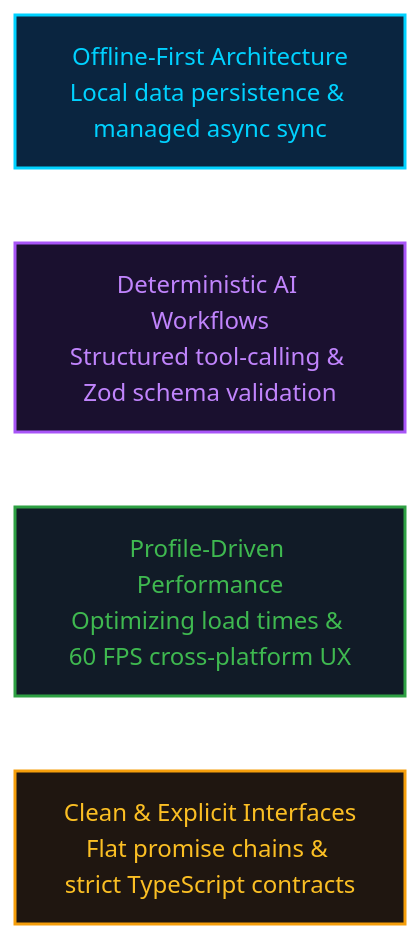
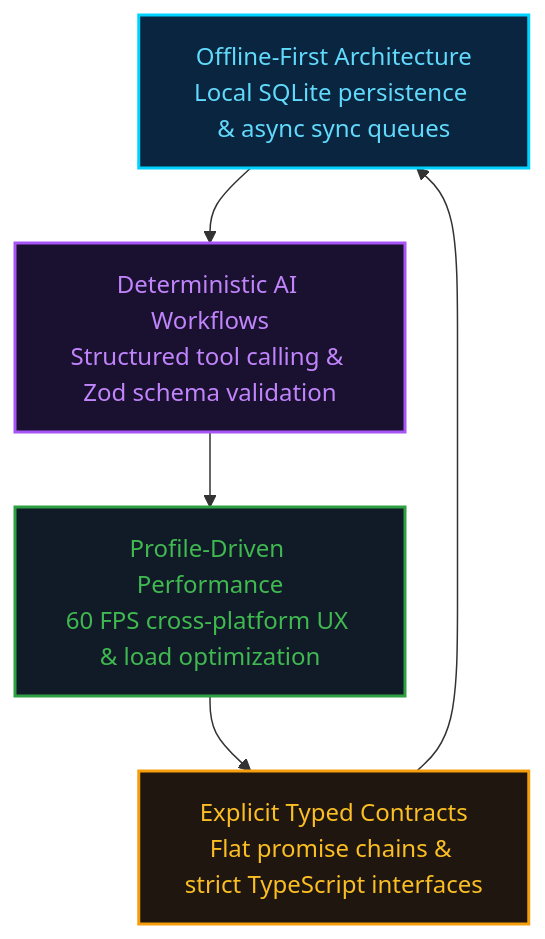
Before and after one commit to saksham-pandeyy/Saksham-pandeyy: the diagram in README.md, drawn with Mermaid.

Commit message:
Update mermaid graph structure in README.md

````diff
--- a/README.md
+++ b/README.md
@@ -181,12 +181,12 @@
 ```mermaid
-graph LR
-    classDef offline fill:#0A2540,stroke:#00D2FF,stroke-width:2px,color:#00D2FF;
+graph TD
+    classDef offline fill:#0A2540,stroke:#00D2FF,stroke-width:2px,color:#61DAFB;
     classDef ai fill:#1A102F,stroke:#A855F7,stroke-width:2px,color:#C084FC;
     classDef perf fill:#111B27,stroke:#2EA043,stroke-width:2px,color:#3FB950;
     classDef clean fill:#1F1610,stroke:#F59E0B,stroke-width:2px,color:#FBBF24;
 
-    P1["Offline-First Architecture<br/>Local data persistence & managed async sync"]:::offline
-    P2["Deterministic AI Workflows<br/>Structured tool-calling & Zod schema validation"]:::ai
-    P3["Profile-Driven Performance<br/>Optimizing load times & 60 FPS cross-platform UX"]:::perf
-    P4["Clean & Explicit Interfaces<br/>Flat promise chains & strict TypeScript contracts"]:::clean
+    A["Offline-First Architecture<br/>Local SQLite persistence & async sync queues"]:::offline --> B["Deterministic AI Workflows<br/>Structured tool calling & Zod schema validation"]:::ai
+    B --> C["Profile-Driven Performance<br/>60 FPS cross-platform UX & load optimization"]:::perf
+    C --> D["Explicit Typed Contracts<br/>Flat promise chains & strict TypeScript interfaces"]:::clean
+    D --> A
 ```
````
